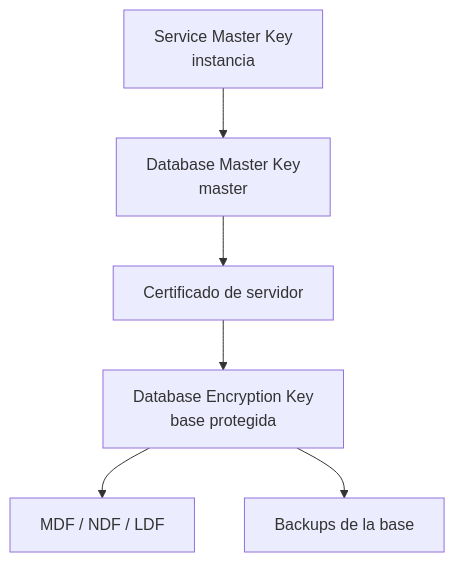
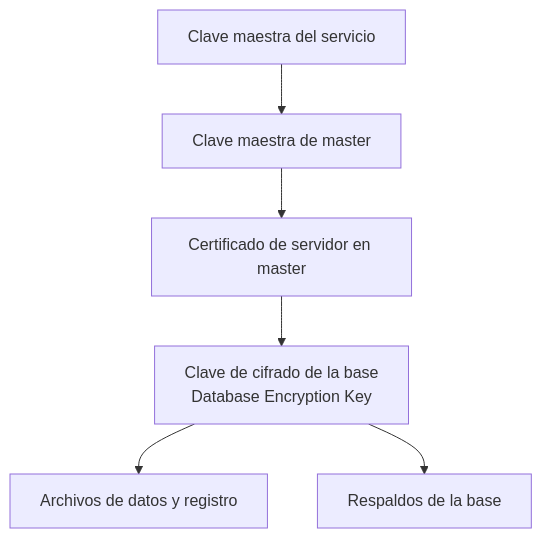
Before and after one commit to unlam-informatica/unlam-informatica.github.io: the second of 3 diagrams in src/content/docs/bbdd-aplicadas/unidad-5/teoria/cifrado.md, drawn with Mermaid. The commit also changed other lines of this file and 100 other files, not shown here.

````diff
--- a/src/content/docs/bbdd-aplicadas/unidad-5/teoria/cifrado.md
+++ b/src/content/docs/bbdd-aplicadas/unidad-5/teoria/cifrado.md
@@ -35,9 +154,9 @@
 ```mermaid
 flowchart TB
-    SMK[Service Master Key<br/>instancia]
-    SMK --> DMK[Database Master Key<br/>master]
-    DMK --> C[Certificado de servidor]
-    C --> DEK[Database Encryption Key<br/>base protegida]
-    DEK --> F[MDF / NDF / LDF]
-    DEK --> B[Backups de la base]
+    SMK[Clave maestra del servicio]
+    SMK --> DMK[Clave maestra de master]
+    DMK --> C[Certificado de servidor en master]
+    C --> DEK[Clave de cifrado de la base<br/>Database Encryption Key]
+    DEK --> F[Archivos de datos y registro]
+    DEK --> B[Respaldos de la base]
 ```
````
